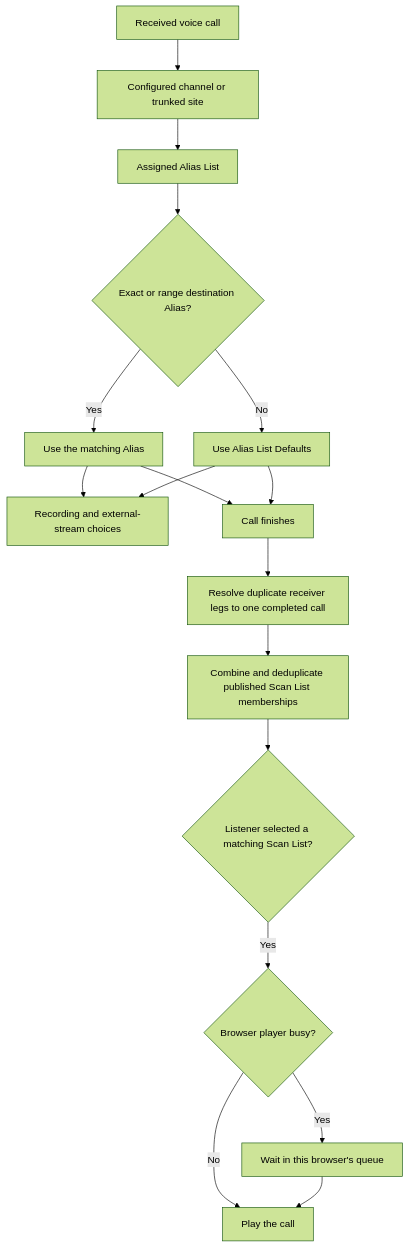
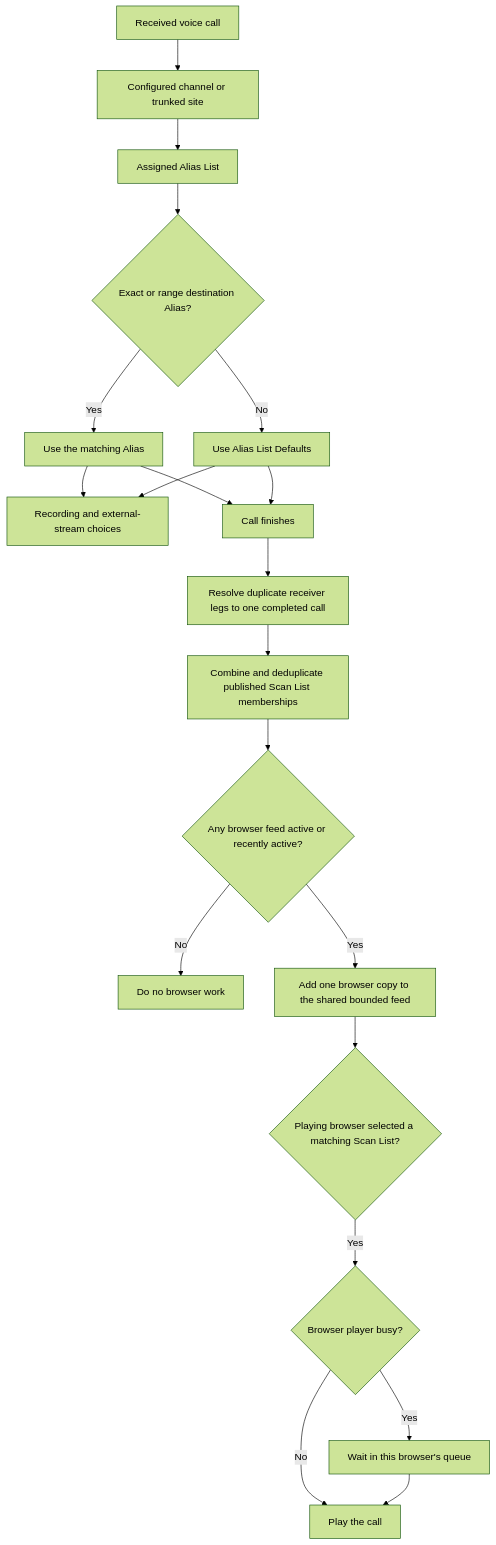
One commit to tylerwatt12/sdrtrunk-vce changed the diagram in docs/browser-listening-and-scan-lists.md. Above: the diagram before and after it, drawn with Mermaid (forest theme). The commit also changed other lines of this file and 57 other files, not shown here.

````diff
--- a/docs/browser-listening-and-scan-lists.md
+++ b/docs/browser-listening-and-scan-lists.md
@@ -21,19 +23,22 @@
 ```mermaid
 flowchart TD
     call[Received voice call] --> channel[Configured channel or trunked site]
     channel --> list[Assigned Alias List]
     list --> match{Exact or range destination Alias?}
     match -- Yes --> alias[Use the matching Alias]
     match -- No --> defaults[Use Alias List Defaults]
     alias --> outputs[Recording and external-stream choices]
     defaults --> outputs
     alias --> complete[Call finishes]
     defaults --> complete
     complete --> resolve[Resolve duplicate receiver legs to one completed call]
     resolve --> routes[Combine and deduplicate published Scan List memberships]
-    routes --> selected{Listener selected a matching Scan List?}
+    routes --> active{Any browser feed active or recently active?}
+    active -- No --> done[Do no browser work]
+    active -- Yes --> feed[Add one browser copy to the shared bounded feed]
+    feed --> selected{Playing browser selected a matching Scan List?}
     selected -- Yes --> busy{Browser player busy?}
     busy -- No --> play[Play the call]
     busy -- Yes --> queue[Wait in this browser's queue]
     queue --> play
 ```
````
